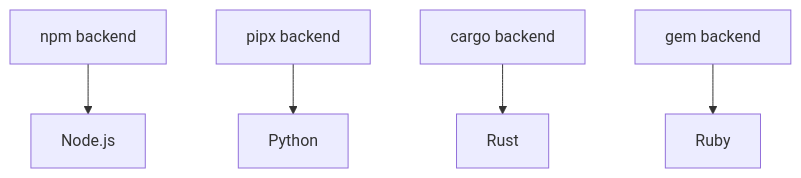
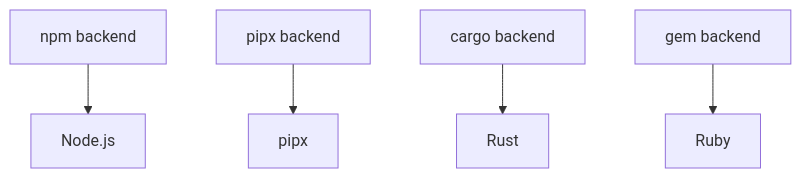
Before and after one commit to jdx/mise: the diagram in docs/dev-tools/backend_architecture.md, drawn with Mermaid. The commit also changed other lines of this file, not shown here.

Commit message:
docs: fix backend_architecture docs

````diff
--- a/docs/dev-tools/backend_architecture.md
+++ b/docs/dev-tools/backend_architecture.md
@@ -175,7 +177,7 @@
 ```mermaid
 graph TD
     A[npm backend] --> B[Node.js]
-    C[pipx backend] --> D[Python]
+    C[pipx backend] --> D[pipx]
     E[cargo backend] --> F[Rust]
     G[gem backend] --> H[Ruby]
 ```
````
